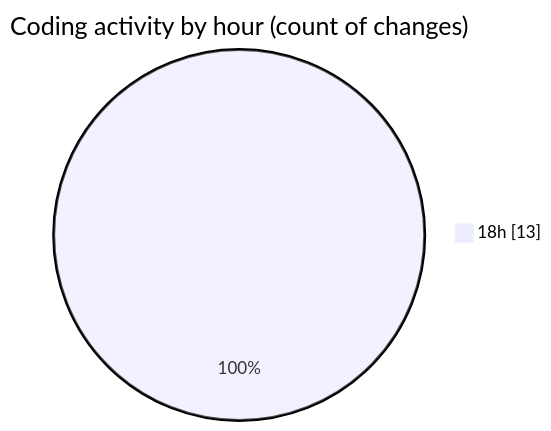
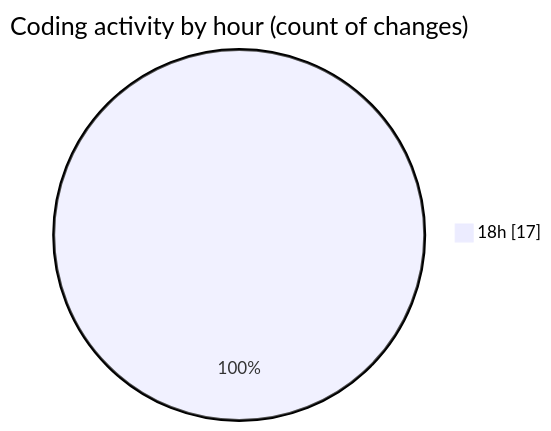
Before and after one commit to donsfak/code-tracking: the second of 2 diagrams in 2025-02-04/maps_clone/README.md, drawn with Mermaid. The commit also changed other lines of this file and 1 other file, not shown here.

````diff
--- a/2025-02-04/maps_clone/README.md
+++ b/2025-02-04/maps_clone/README.md
@@ -33,5 +37,5 @@
 ```mermaid
 pie showData
 title Coding activity by hour (count of changes)
-"18h" : 13
+"18h" : 17
 ```
````
